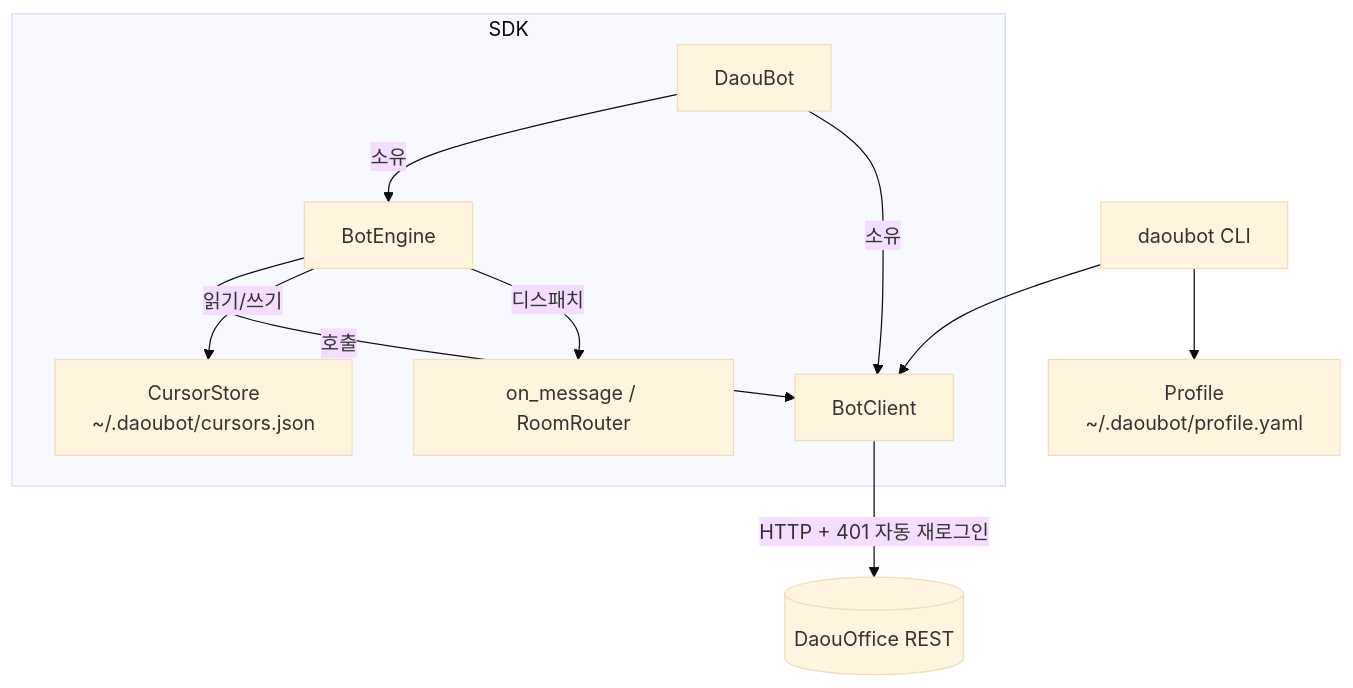
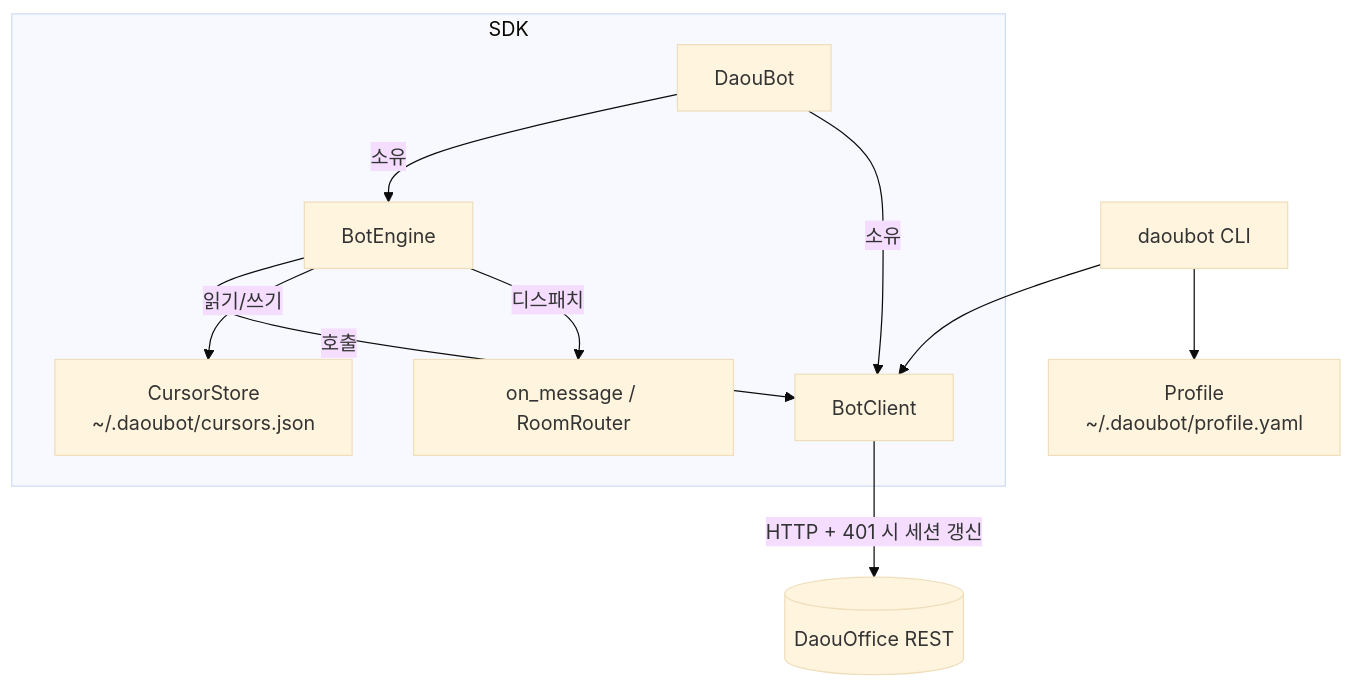
Before and after one commit to junsik/python-daouoffice-bot: the second of 4 diagrams in docs/ARCHITECTURE.md, drawn with Mermaid (base theme). The commit also changed other lines of this file and 1 other file, not shown here.

````diff
--- a/docs/ARCHITECTURE.md
+++ b/docs/ARCHITECTURE.md
@@ -43,15 +43,15 @@
 ```mermaid
 flowchart TD
     CLI[daoubot CLI] --> BotClient
     CLI --> Profile["Profile<br/>~/.daoubot/profile.yaml"]
 
     subgraph SDK
         DaouBot -->|소유| BotEngine
         DaouBot -->|소유| BotClient
         BotEngine -->|호출| BotClient
         BotEngine -->|읽기/쓰기| CursorStore["CursorStore<br/>~/.daoubot/cursors.json"]
         BotEngine -->|디스패치| PF["on_message / RoomRouter"]
     end
 
-    BotClient -->|HTTP + 401 자동 재로그인| API[(DaouOffice REST)]
+    BotClient -->|HTTP + 401 시 세션 갱신| API[(DaouOffice REST)]
 ```
````
